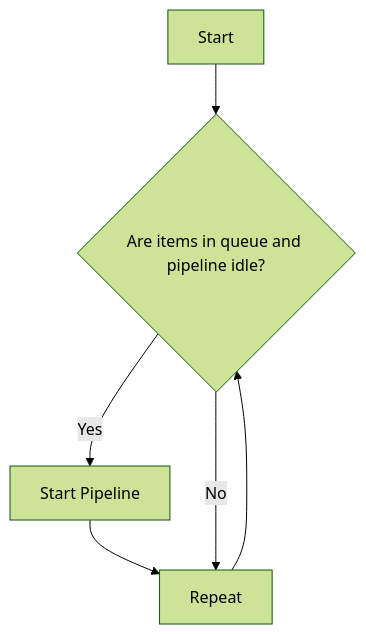
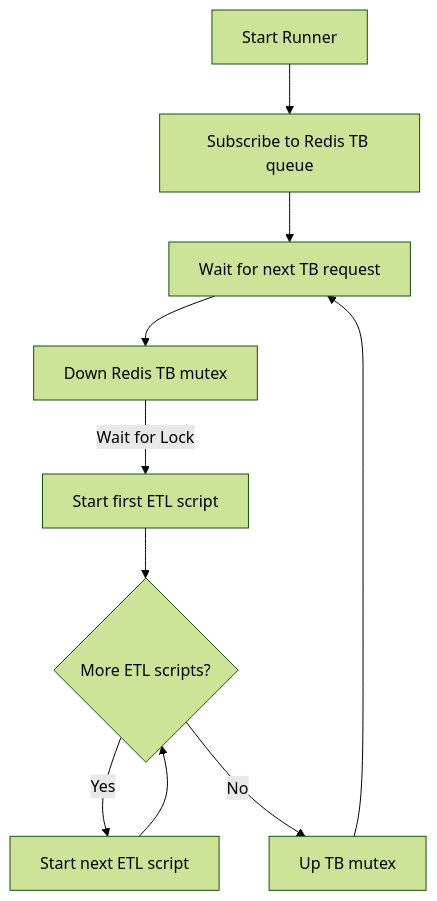
The fourth of 4 diagrams in report_system/report_system_status.md (brentgroves/status), drawn with Mermaid (forest theme) before and after one commit. The commit also changed other lines of this file and 1 other file, not shown here.

````diff
--- a/report_system/report_system_status.md
+++ b/report_system/report_system_status.md
@@ -146,8 +99,12 @@
 ```mermaid
-flowchart TD
-    A[Start] --> B{Are items in queue and pipeline idle?}
-    B -- Yes --> C[Start Pipeline]
-    C --> D[Repeat]
-    D --> B
-    B -- No --> D[Repeat]
+flowchart TB
+    start[Start Runner] --> subscribe_queue[Subscribe to Redis TB queue]
+    subscribe_queue --> wait_tb_request[Wait for next TB request] 
+    wait_tb_request --> down_mutex[Down Redis TB mutex]
+    down_mutex -- Wait for Lock --> start_first_script[Start first ETL script]
+    start_first_script --> more_scripts{More ETL scripts?}
+    more_scripts -- Yes --> start_next_script[Start next ETL script]
+    start_next_script --> more_scripts
+    more_scripts -- No --> up_mutex[Up TB mutex]
+    up_mutex --> wait_tb_request[Wait for next TB request]
 ```
````
